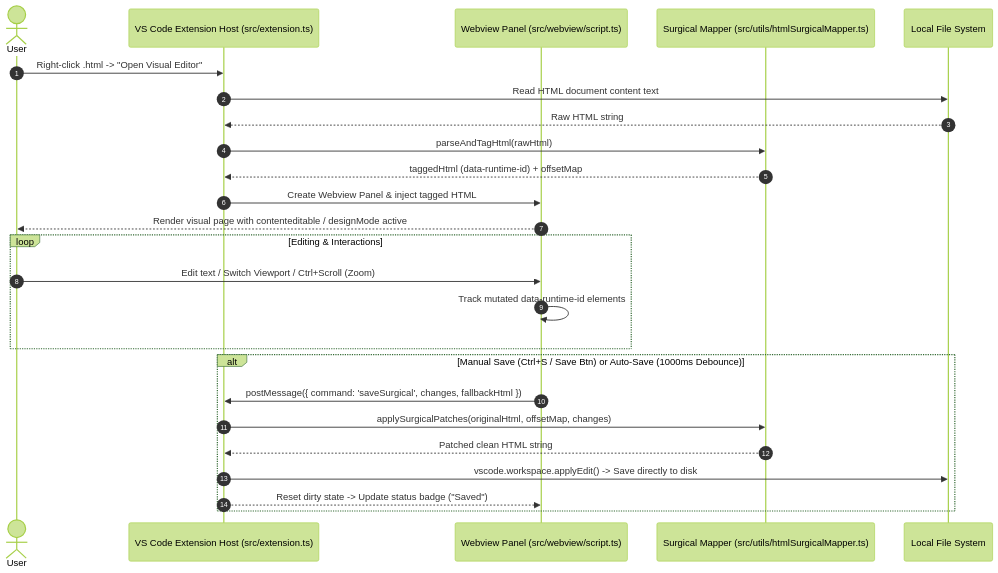
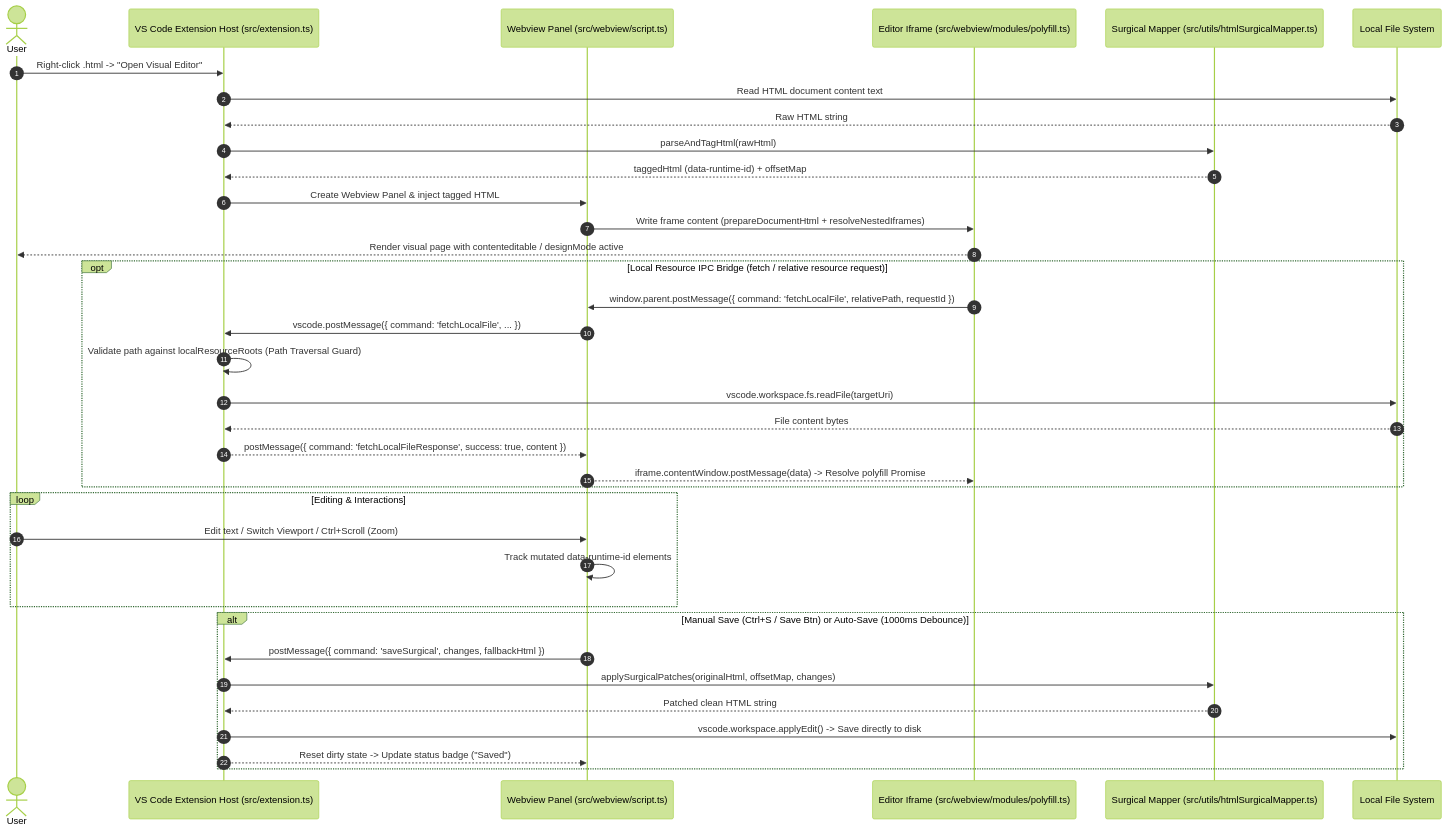
One commit to HaoNgo232/vscode-visual-html-editor changed the diagram in ARCHITECTURE.md. Above: the diagram before and after it, drawn with Mermaid (forest theme). The commit also changed other lines of this file and 3 other files, not shown here.

Commit message:
feat: enhance architecture documentation with local resource IPC bridge and security path traversal guard details

````diff
--- a/ARCHITECTURE.md
+++ b/ARCHITECTURE.md
@@ -9,30 +9,42 @@
 ```mermaid
 sequenceDiagram
     autonumber
     actor User
     participant VSC as VS Code Extension Host (src/extension.ts)
     participant WV as Webview Panel (src/webview/script.ts)
+    participant IF as Editor Iframe (src/webview/modules/polyfill.ts)
     participant MAP as Surgical Mapper (src/utils/htmlSurgicalMapper.ts)
     participant FS as Local File System
 
     User->>VSC: Right-click .html -> "Open Visual Editor"
     VSC->>FS: Read HTML document content text
     FS-->>VSC: Raw HTML string
     VSC->>MAP: parseAndTagHtml(rawHtml)
     MAP-->>VSC: taggedHtml (data-runtime-id) + offsetMap
     VSC->>WV: Create Webview Panel & inject tagged HTML
-    WV-->>User: Render visual page with contenteditable / designMode active
+    WV->>IF: Write frame content (prepareDocumentHtml + resolveNestedIframes)
+    IF-->>User: Render visual page with contenteditable / designMode active
+
+    opt Local Resource IPC Bridge (fetch / relative resource request)
+        IF->>WV: window.parent.postMessage({ command: 'fetchLocalFile', relativePath, requestId })
+        WV->>VSC: vscode.postMessage({ command: 'fetchLocalFile', ... })
+        VSC->>VSC: Validate path against localResourceRoots (Path Traversal Guard)
+        VSC->>FS: vscode.workspace.fs.readFile(targetUri)
+        FS-->>VSC: File content bytes
+        VSC-->>WV: postMessage({ command: 'fetchLocalFileResponse', success: true, content })
+        WV-->>IF: iframe.contentWindow.postMessage(data) -> Resolve polyfill Promise
+    end
 
     loop Editing & Interactions
         User->>WV: Edit text / Switch Viewport / Ctrl+Scroll (Zoom)
         WV->>WV: Track mutated data-runtime-id elements
     end
 
     alt Manual Save (Ctrl+S / Save Btn) or Auto-Save (1000ms Debounce)
         WV->>VSC: postMessage({ command: 'saveSurgical', changes, fallbackHtml })
         VSC->>MAP: applySurgicalPatches(originalHtml, offsetMap, changes)
         MAP-->>VSC: Patched clean HTML string
         VSC->>FS: vscode.workspace.applyEdit() -> Save directly to disk
         VSC-->>WV: Reset dirty state -> Update status badge ("Saved")
     end
 ```
````
